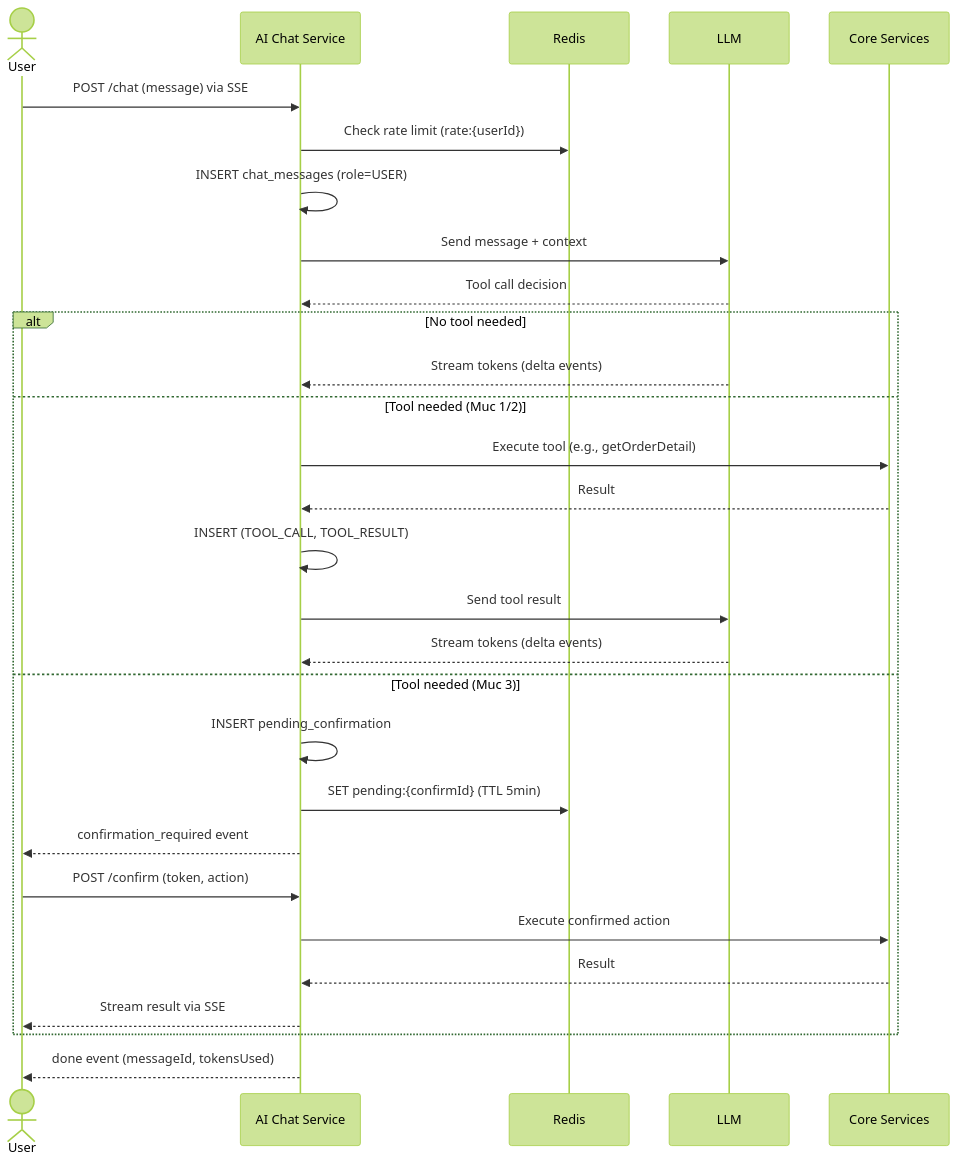
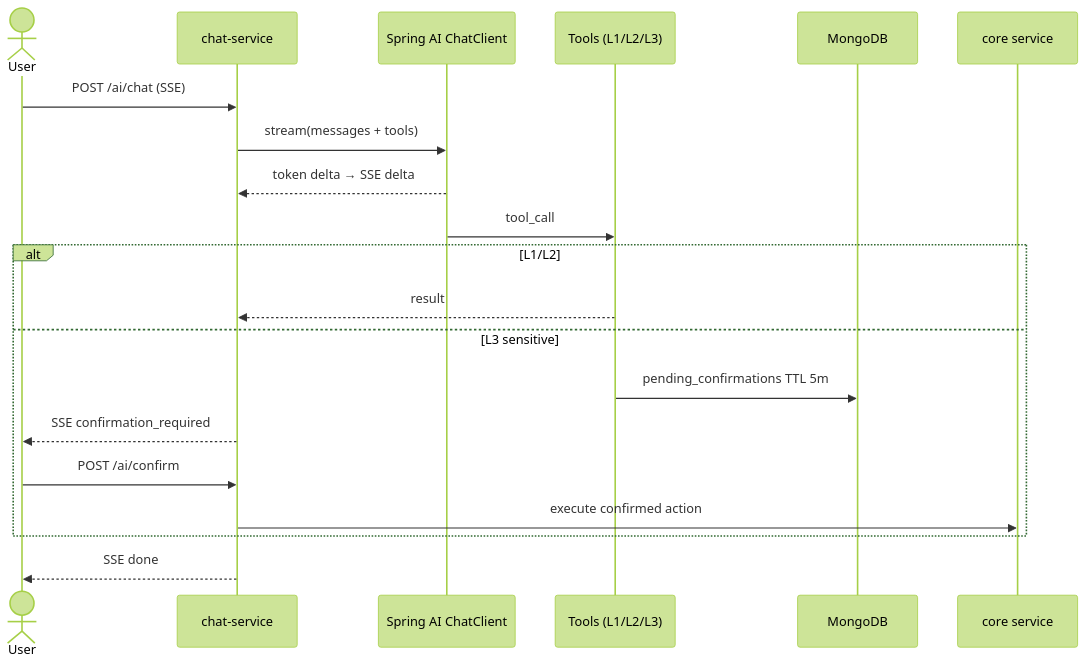
Before and after one commit to ldqanh1408/stealing-from-paradise: diagram 11 of 11 in documents/overview/FLOWS.md, drawn with Mermaid (forest theme). The commit also changed other lines of this file and 48 other files, not shown here.

````diff
--- a/documents/overview/FLOWS.md
+++ b/documents/overview/FLOWS.md
@@ -308,32 +260,23 @@
 ```mermaid
 sequenceDiagram
     actor User
-    participant AC as AI Chat Service
-    participant Redis
-    participant LLM
-    participant Tool as Core Services
+    participant CH as chat-service
+    participant LLM as Spring AI ChatClient
+    participant T as Tools (L1/L2/L3)
+    participant MG as MongoDB
+    participant CORE as core service
 
-    User->>AC: POST /chat (message) via SSE
-    AC->>Redis: Check rate limit (rate:{userId})
-    AC->>AC: INSERT chat_messages (role=USER)
-    AC->>LLM: Send message + context
-    LLM-->>AC: Tool call decision
-    alt No tool needed
-        LLM-->>AC: Stream tokens (delta events)
-    else Tool needed (Muc 1/2)
-        AC->>Tool: Execute tool (e.g., getOrderDetail)
-        Tool-->>AC: Result
-        AC->>AC: INSERT (TOOL_CALL, TOOL_RESULT)
-        AC->>LLM: Send tool result
-        LLM-->>AC: Stream tokens (delta events)
-    else Tool needed (Muc 3)
-        AC->>AC: INSERT pending_confirmation
-        AC->>Redis: SET pending:{confirmId} (TTL 5min)
-        AC-->>User: confirmation_required event
-        User->>AC: POST /confirm (token, action)
-        AC->>Tool: Execute confirmed action
-        Tool-->>AC: Result
-        AC-->>User: Stream result via SSE
+    User->>CH: POST /ai/chat (SSE)
+    CH->>LLM: stream(messages + tools)
+    LLM-->>CH: token delta → SSE delta
+    LLM->>T: tool_call
+    alt L1/L2
+        T-->>CH: result
+    else L3 sensitive
+        T->>MG: pending_confirmations TTL 5m
+        CH-->>User: SSE confirmation_required
+        User->>CH: POST /ai/confirm
+        CH->>CORE: execute confirmed action
     end
-    AC-->>User: done event (messageId, tokensUsed)
+    CH-->>User: SSE done
 ```
````
